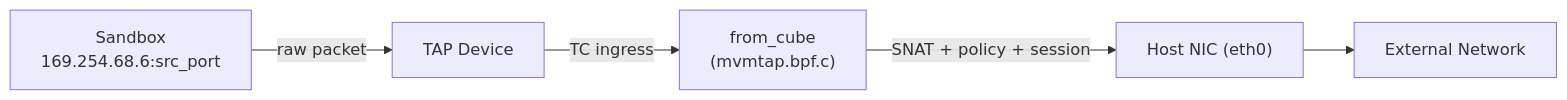
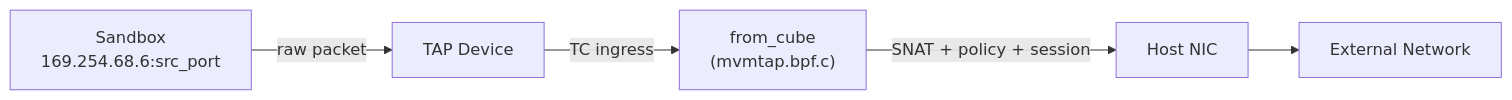
Before and after one commit to TencentCloud/CubeSandbox: the first of 4 diagrams in docs/architecture/network.md, drawn with Mermaid. The commit also changed other lines of this file and 1 other file, not shown here.

First line of the commit message:
docs(network): Revise CubeVS architecture doc to match current implementation

````diff
--- a/docs/architecture/network.md
+++ b/docs/architecture/network.md
@@ -66,7 +65,7 @@
 ```mermaid
 graph LR
     A["Sandbox<br/>169.254.68.6:src_port"] -->|raw packet| B["TAP Device"]
     B -->|TC ingress| C["from_cube<br/>(mvmtap.bpf.c)"]
-    C -->|SNAT + policy + session| D["Host NIC (eth0)"]
+    C -->|SNAT + policy + session| D["Host NIC"]
     D --> E["External Network"]
 ```
````
